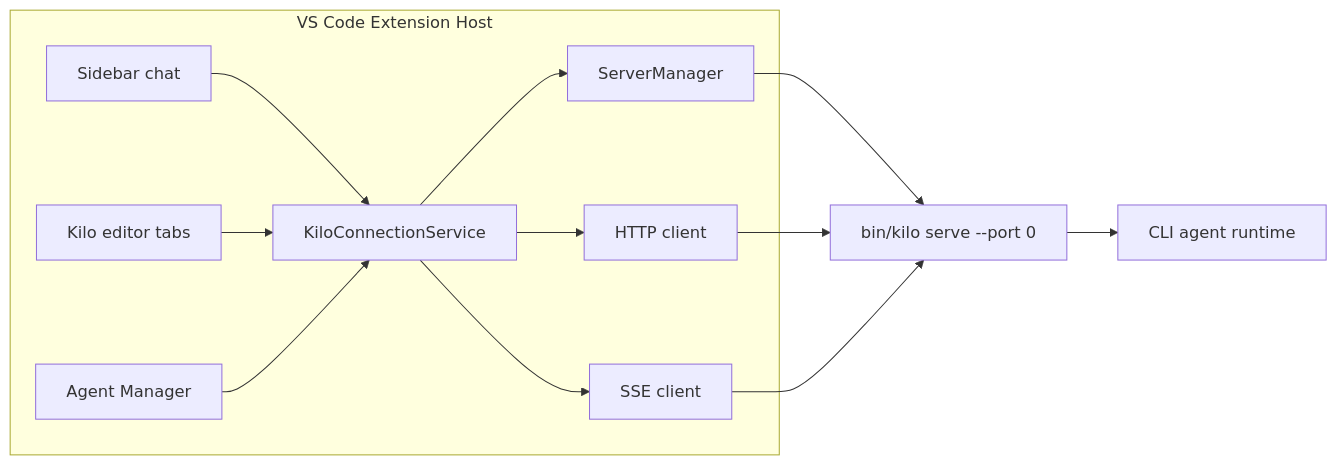
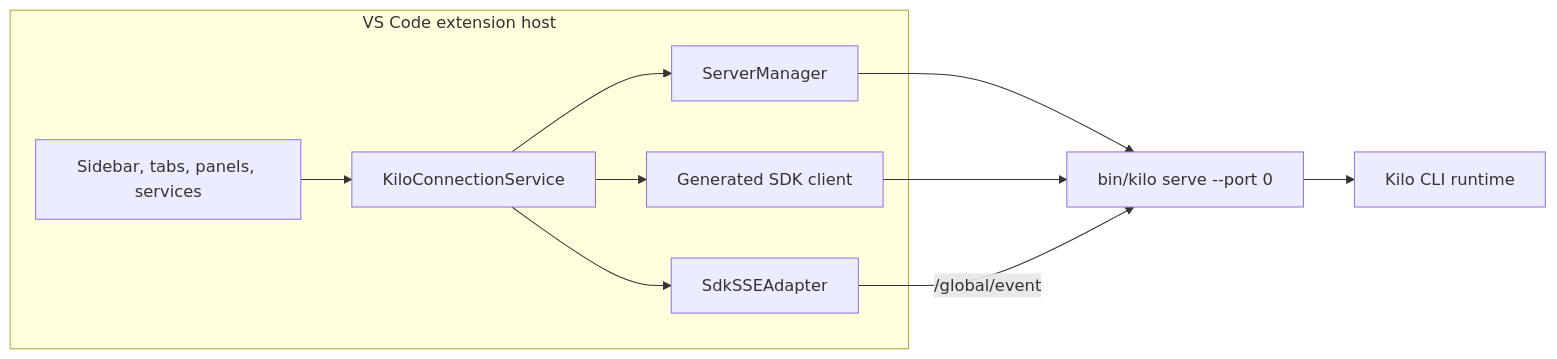
Before and after one commit to dhs-shine/kilocode: the diagram in packages/kilo-docs/pages/contributing/architecture/vscode-extension.md, drawn with Mermaid. The commit also changed other lines of this file and 42 other files, not shown here.

Commit message:
docs(kilo-docs): clarify architecture documentation

````diff
--- a/packages/kilo-docs/pages/contributing/architecture/vscode-extension.md
+++ b/packages/kilo-docs/pages/contributing/architecture/vscode-extension.md
@@ -28,26 +20,19 @@
 ```mermaid
 flowchart LR
-  subgraph extension ["VS Code Extension Host"]
+  subgraph host ["VS Code extension host"]
+    consumers["Sidebar, tabs, panels, services"]
     service["KiloConnectionService"]
     manager["ServerManager"]
-    http["HTTP client"]
-    sse["SSE client"]
-    sidebar["Sidebar chat"]
-    tabs["Kilo editor tabs"]
-    agent["Agent Manager"]
+    sdk["Generated SDK client"]
+    sse["SdkSSEAdapter"]
   end
 
-  backend["bin/kilo serve --port 0"]
-  runtime["CLI agent runtime"]
+  server["bin/kilo serve --port 0"]
+  runtime["Kilo CLI runtime"]
 
-  sidebar --> service
-  tabs --> service
-  agent --> service
-  service --> manager
-  service --> http
-  service --> sse
-  manager --> backend
-  http --> backend
-  sse --> backend
-  backend --> runtime
+  consumers --> service
+  service --> manager --> server
+  service --> sdk --> server
+  service --> sse -->|/global/event| server
+  server --> runtime
 ```
````
